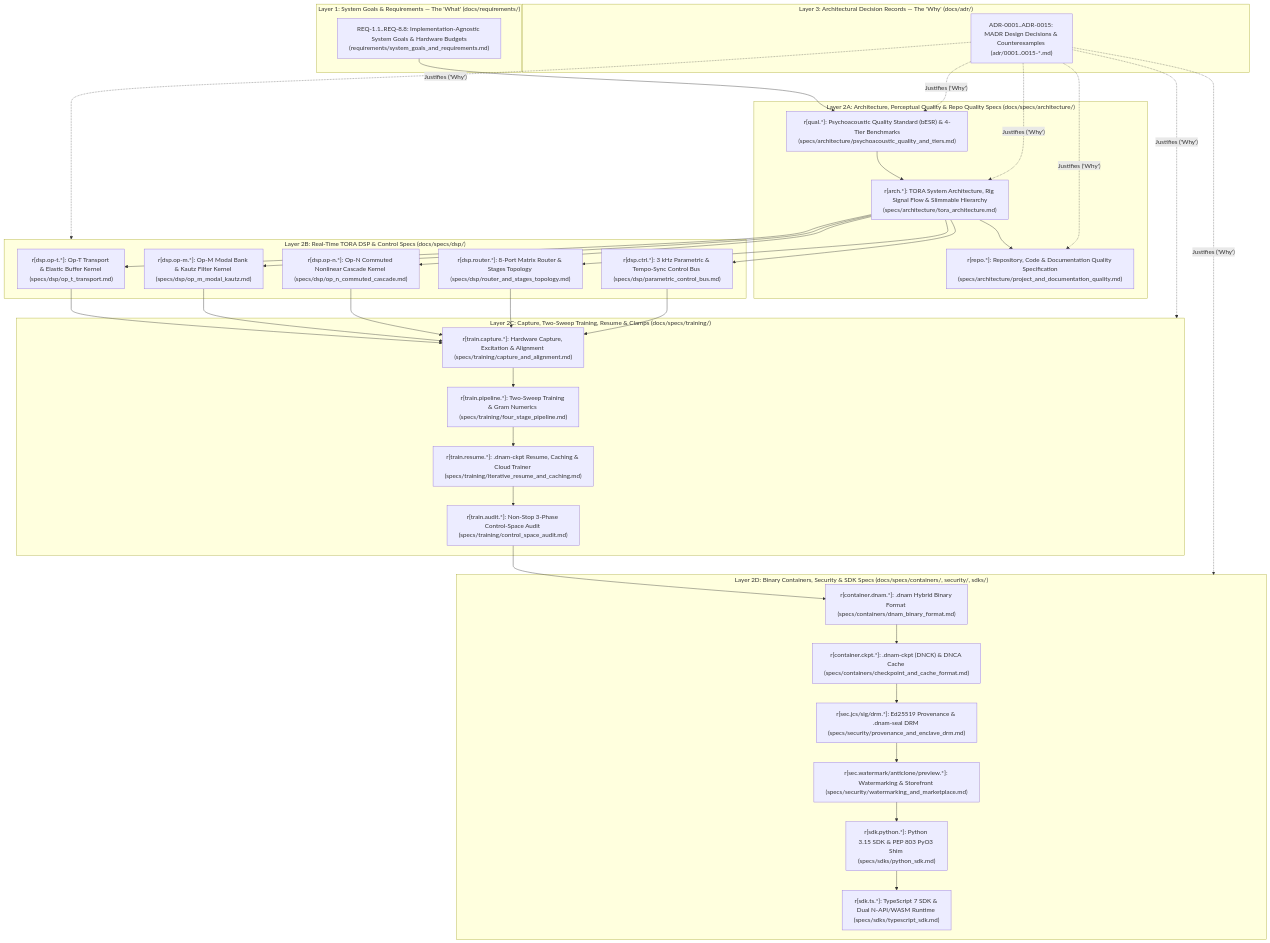
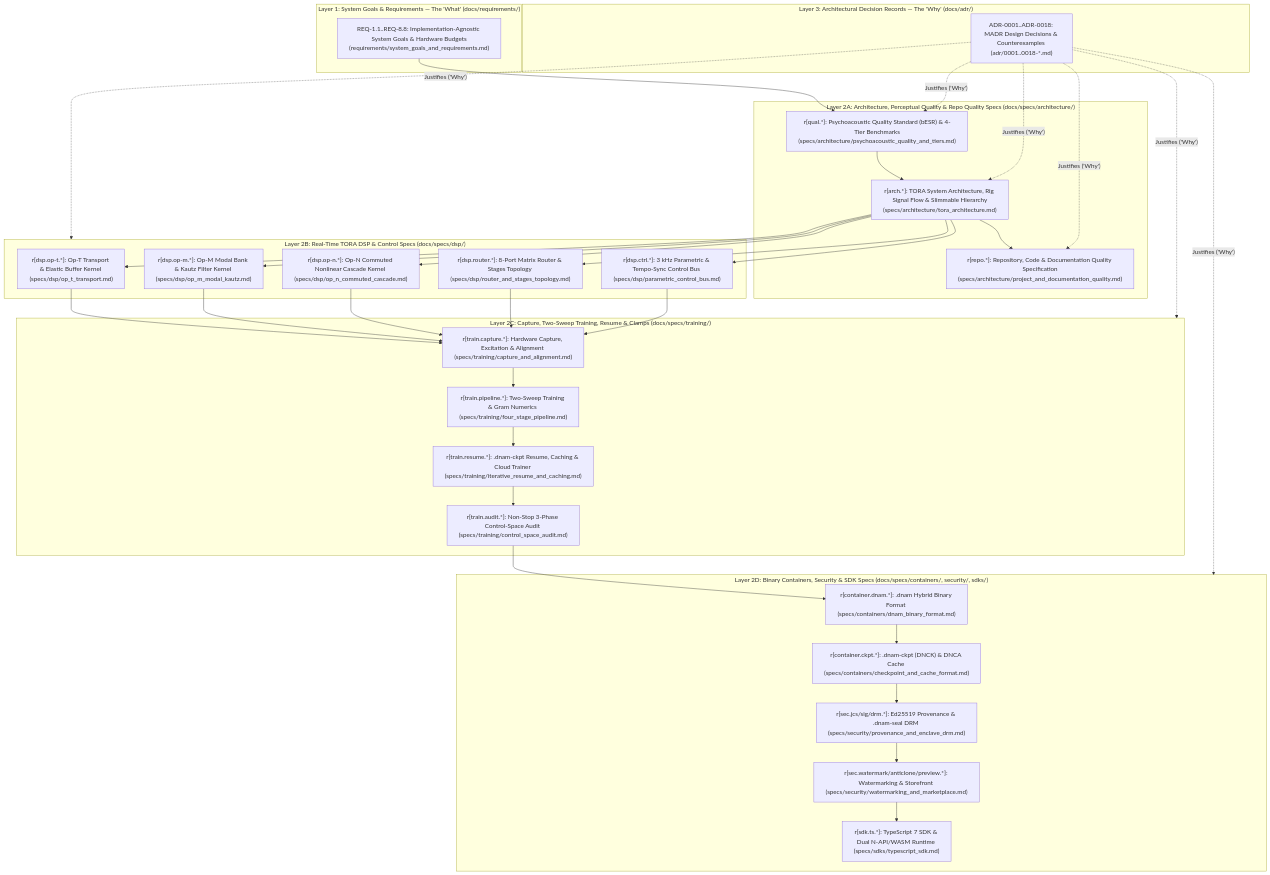
The diagram in docs/index.md (dnam-project/dnam), drawn with Mermaid before and after one commit. The commit also changed other lines of this file and 229 other files, not shown here.

First line of the commit message:
feat(trainer,tests,docs): retire Python, scaffold Rust dnam-trainer, migrate guardrails to TS, and land ADR-0016..0018

````diff
--- a/docs/index.md
+++ b/docs/index.md
@@ -16,49 +16,48 @@
 ```mermaid
 flowchart TD
     subgraph Req ["Layer 1: System Goals & Requirements — The 'What' (docs/requirements/)"]
         G1["REQ-1.1..REQ-8.8: Implementation-Agnostic System Goals & Hardware Budgets<br/>(requirements/system_goals_and_requirements.md)"]
     end
 
     subgraph SpecsArch ["Layer 2A: Architecture, Perceptual Quality & Repo Quality Specs (docs/specs/architecture/)"]
         G2["r[qual.*]: Psychoacoustic Quality Standard (bESR) & 4-Tier Benchmarks<br/>(specs/architecture/psychoacoustic_quality_and_tiers.md)"]
         G3["r[arch.*]: TORA System Architecture, Rig Signal Flow & Slimmable Hierarchy<br/>(specs/architecture/tora_architecture.md)"]
         G4["r[repo.*]: Repository, Code & Documentation Quality Specification<br/>(specs/architecture/project_and_documentation_quality.md)"]
         G2 --> G3 --> G4
     end
 
     subgraph SpecsDSP ["Layer 2B: Real-Time TORA DSP & Control Specs (docs/specs/dsp/)"]
         D1["r[dsp.op-t.*]: Op-T Transport & Elastic Buffer Kernel (specs/dsp/op_t_transport.md)"]
         D2["r[dsp.op-m.*]: Op-M Modal Bank & Kautz Filter Kernel (specs/dsp/op_m_modal_kautz.md)"]
         D3["r[dsp.op-n.*]: Op-N Commuted Nonlinear Cascade Kernel (specs/dsp/op_n_commuted_cascade.md)"]
         D4["r[dsp.router.*]: 8-Port Matrix Router & Stages Topology (specs/dsp/router_and_stages_topology.md)"]
         D5["r[dsp.ctrl.*]: 3 kHz Parametric & Tempo-Sync Control Bus (specs/dsp/parametric_control_bus.md)"]
     end
 
     subgraph SpecsTrain ["Layer 2C: Capture, Two-Sweep Training, Resume & Clamps (docs/specs/training/)"]
         T1["r[train.capture.*]: Hardware Capture, Excitation & Alignment (specs/training/capture_and_alignment.md)"]
         T2["r[train.pipeline.*]: Two-Sweep Training & Gram Numerics (specs/training/four_stage_pipeline.md)"]
         T3["r[train.resume.*]: .dnam-ckpt Resume, Caching & Cloud Trainer (specs/training/iterative_resume_and_caching.md)"]
         T4["r[train.audit.*]: Non-Stop 3-Phase Control-Space Audit (specs/training/control_space_audit.md)"]
         T1 --> T2 --> T3 --> T4
     end
 
     subgraph SpecsCont ["Layer 2D: Binary Containers, Security & SDK Specs (docs/specs/containers/, security/, sdks/)"]
         C1["r[container.dnam.*]: .dnam Hybrid Binary Format (specs/containers/dnam_binary_format.md)"]
         C2["r[container.ckpt.*]: .dnam-ckpt (DNCK) & DNCA Cache (specs/containers/checkpoint_and_cache_format.md)"]
         S1["r[sec.jcs/sig/drm.*]: Ed25519 Provenance & .dnam-seal DRM (specs/security/provenance_and_enclave_drm.md)"]
         S2["r[sec.watermark/anticlone/preview.*]: Watermarking & Storefront (specs/security/watermarking_and_marketplace.md)"]
-        K1["r[sdk.python.*]: Python 3.15 SDK & PEP 803 PyO3 Shim (specs/sdks/python_sdk.md)"]
         K2["r[sdk.ts.*]: TypeScript 7 SDK & Dual N-API/WASM Runtime (specs/sdks/typescript_sdk.md)"]
-        C1 --> C2 --> S1 --> S2 --> K1 --> K2
+        C1 --> C2 --> S1 --> S2 --> K2
     end
 
     subgraph ADRs ["Layer 3: Architectural Decision Records — The 'Why' (docs/adr/)"]
-        A1["ADR-0001..ADR-0015: MADR Design Decisions & Counterexamples (adr/0001..0015-*.md)"]
+        A1["ADR-0001..ADR-0018: MADR Design Decisions & Counterexamples (adr/0001..0018-*.md)"]
     end
 
     G1 --> G2
     G3 --> D1 & D2 & D3 & D4 & D5
     D1 & D2 & D3 & D4 & D5 --> T1
     T4 --> C1
     A1 -.->|"Justifies ('Why')"| G2 & G3 & G4 & SpecsDSP & SpecsTrain & SpecsCont
 ```
````
